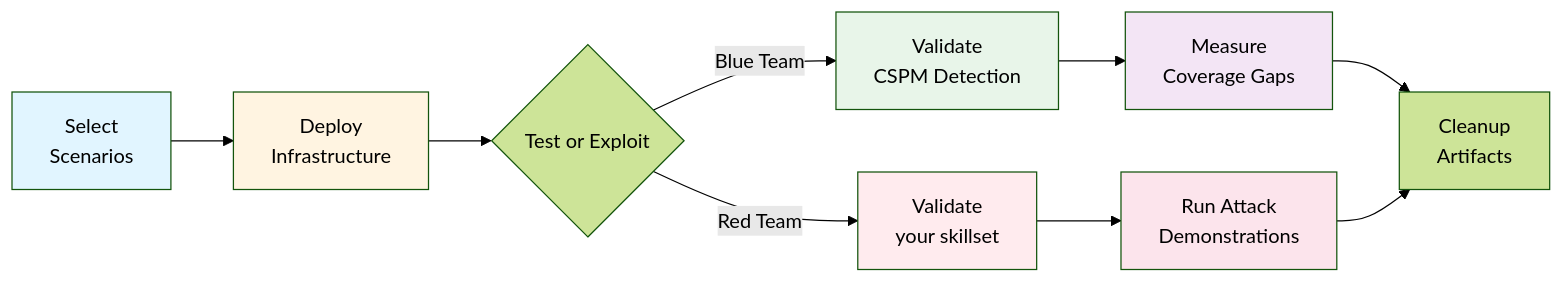
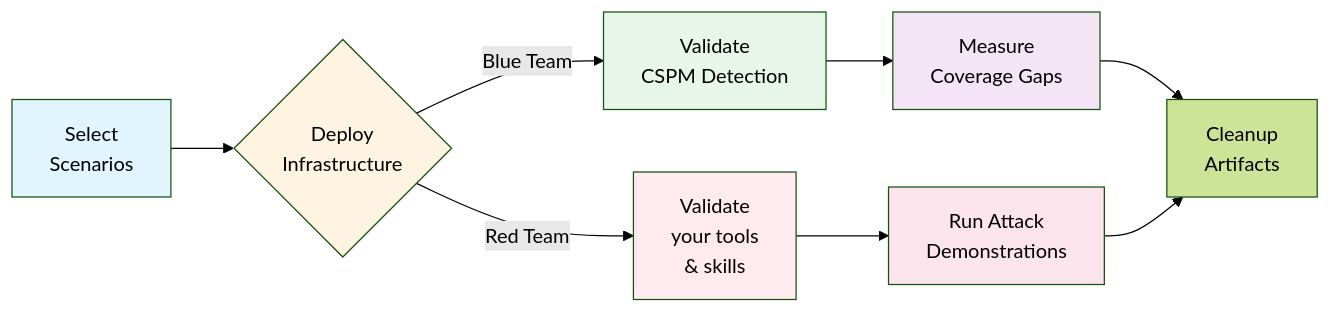
Before and after one commit to DataDog/pathfinding-labs: the diagram in README.md, drawn with Mermaid (forest theme). The commit also changed other lines of this file and 16 other files, not shown here.

````diff
--- a/README.md
+++ b/README.md
@@ -57,18 +23,17 @@
 ```mermaid
 graph LR
-    A[Select<br/>Scenarios] --> B[Deploy<br/>Infrastructure]
-    B --> C{Test or Exploit}
-    C -->|Blue Team| D[ Validate<br/>CSPM Detection]
-    C -->|Red Team| E[ Validate <br/>your skillset]
+    A[Select<br/>Scenarios] --> B{Deploy<br/>Infrastructure}
+    B -->|Blue Team| D[ Validate<br/>CSPM Detection]
+    B -->|Red Team| E[ Validate <br/>your tools<br>& skills]
     D --> F[Measure<br/>Coverage Gaps]
     E --> G[Run Attack<br/>Demonstrations] 
     F --> H[Cleanup<br/>Artifacts]
     G --> H
 
     style A fill:#e1f5ff
     style B fill:#fff4e1
     style D fill:#e8f5e9
     style E fill:#ffebee
     style F fill:#f3e5f5
     style G fill:#fce4ec
 ```
````
